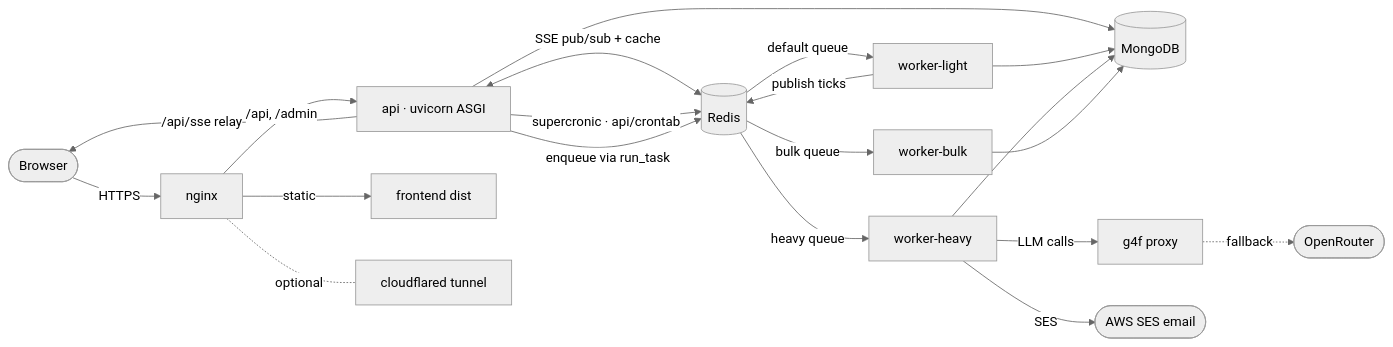
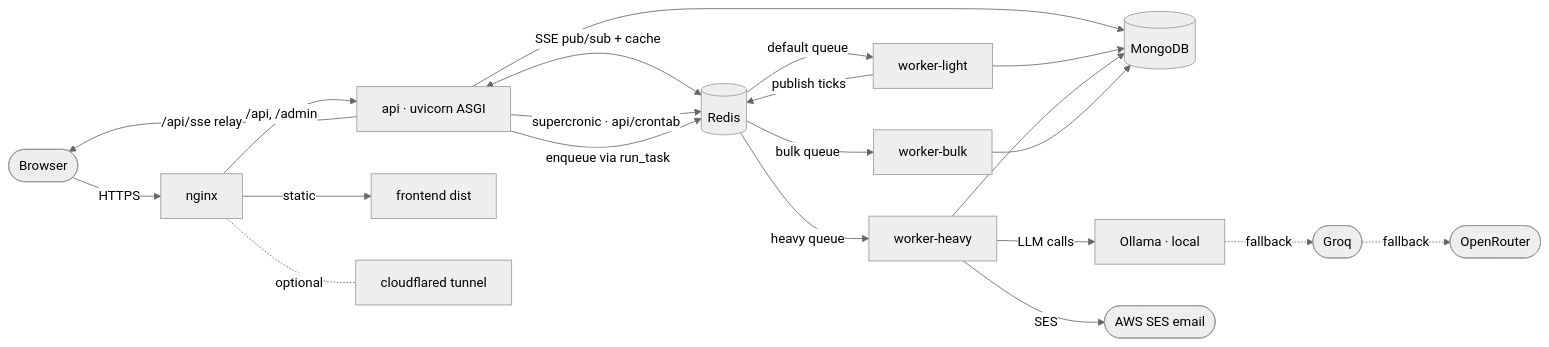
The first of 3 diagrams in docs/architecture.md (jameelhamdan/event-horizon), drawn with Mermaid (neutral theme) before and after one commit. The commit also changed other lines of this file and 28 other files, not shown here.

````diff
--- a/docs/architecture.md
+++ b/docs/architecture.md
@@ -38,24 +38,25 @@
 ```mermaid
 flowchart LR
     USER([Browser]) -->|HTTPS| NGINX[nginx]
     NGINX -->|/api, /admin| API[api · uvicorn ASGI]
     NGINX -->|static| FE[frontend dist]
     NGINX -.optional.- CF[cloudflared tunnel]
 
     API --> MONGO[(MongoDB)]
     API <-->|SSE pub/sub + cache| REDIS[(Redis)]
 
     API -->|supercronic · api/crontab| REDIS
     API -->|enqueue via run_task| REDIS
     REDIS -->|default queue| WL[worker-light]
     REDIS -->|heavy queue| WH[worker-heavy]
     REDIS -->|bulk queue| WB[worker-bulk]
     WL --> MONGO
     WH --> MONGO
     WB --> MONGO
-    WH -->|LLM calls| G4F[g4f proxy]
-    G4F -.->|fallback| EXT([OpenRouter])
+    WH -->|LLM calls| OLLAMA[Ollama · local]
+    OLLAMA -.fallback.-> GROQ([Groq])
+    GROQ -.fallback.-> OR([OpenRouter])
     WH -->|SES| SES([AWS SES email])
     WL -->|publish ticks| REDIS
     API -->|/api/sse relay| USER
 ```
````
